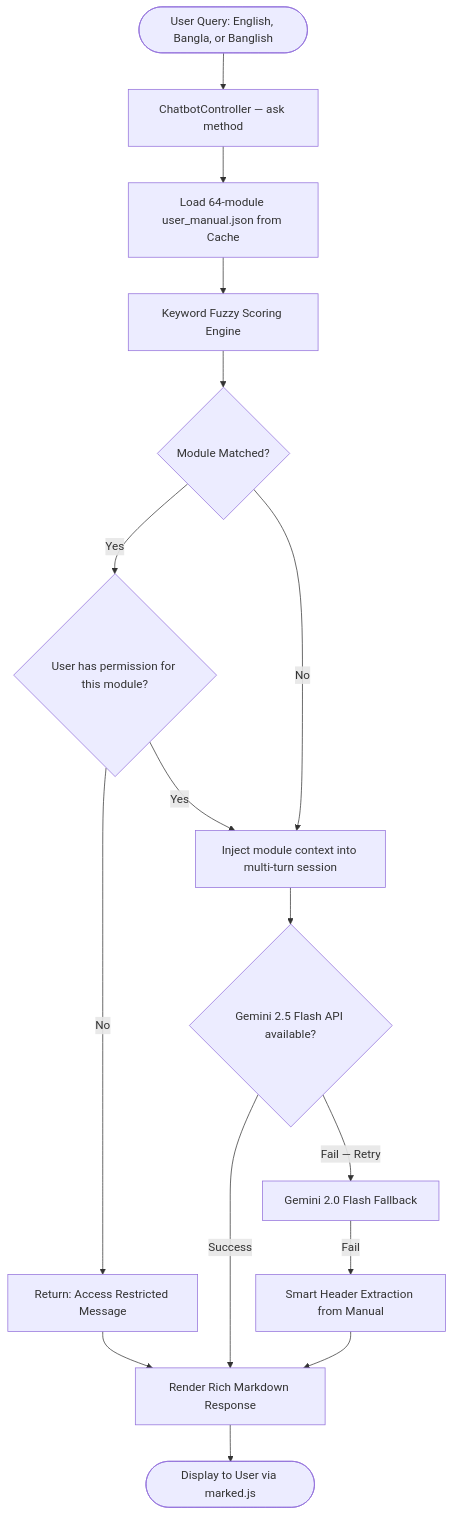
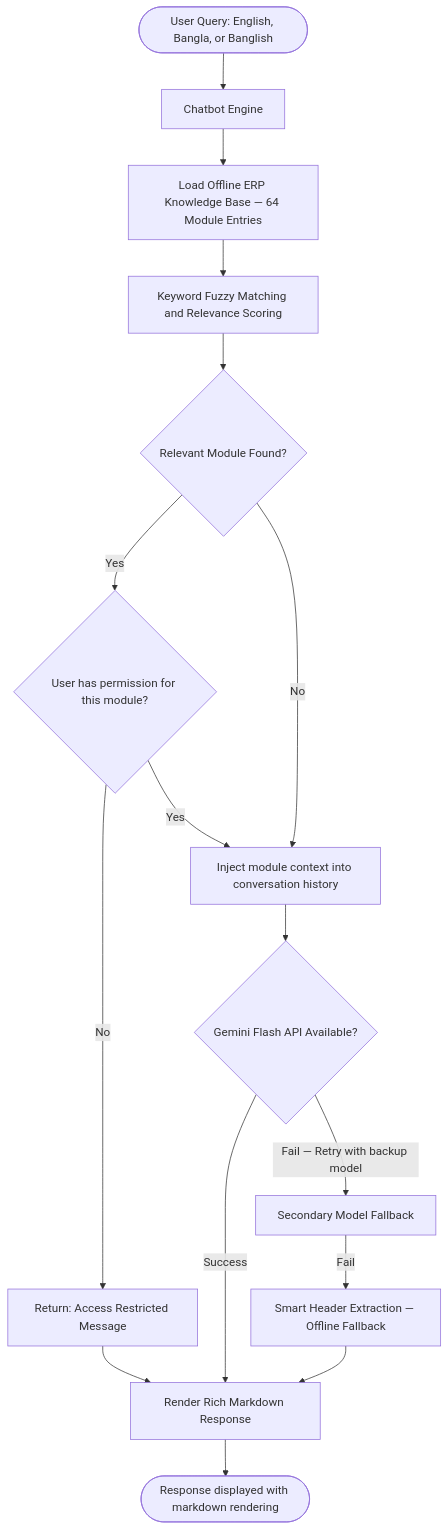
One commit to ShakhawatSakib9/Constrcution_MIS changed the fourth of 4 diagrams in README.md. Above: the diagram before and after it, drawn with Mermaid. The commit also changed other lines of this file, not shown here.

Commit message:
refactor(docs): remove controller/table names and internal code - anonymize to professional case study standard

````diff
--- a/README.md
+++ b/README.md
@@ -506,18 +388,18 @@
 ```mermaid
 flowchart TD
-    Q(["User Query: English, Bangla, or Banglish"]) --> C["ChatbotController — ask method"]
-    C --> KB["Load 64-module user_manual.json from Cache"]
-    KB --> Fuzzy["Keyword Fuzzy Scoring Engine"]
-    Fuzzy --> Match{"Module Matched?"}
+    Q(["User Query: English, Bangla, or Banglish"]) --> C["Chatbot Engine"]
+    C --> KB["Load Offline ERP Knowledge Base — 64 Module Entries"]
+    KB --> Fuzzy["Keyword Fuzzy Matching and Relevance Scoring"]
+    Fuzzy --> Match{"Relevant Module Found?"}
     Match -->|Yes| RBAC{"User has permission for this module?"}
     RBAC -->|No| Deny["Return: Access Restricted Message"]
-    RBAC -->|Yes| Inject["Inject module context into multi-turn session"]
+    RBAC -->|Yes| Inject["Inject module context into conversation history"]
     Match -->|No| Inject
-    Inject --> API{"Gemini 2.5 Flash API available?"}
+    Inject --> API{"Gemini Flash API Available?"}
     API -->|Success| MD["Render Rich Markdown Response"]
-    API -->|"Fail — Retry"| G2["Gemini 2.0 Flash Fallback"]
-    G2 -->|Fail| Offline["Smart Header Extraction from Manual"]
+    API -->|"Fail — Retry with backup model"| G2["Secondary Model Fallback"]
+    G2 -->|Fail| Offline["Smart Header Extraction — Offline Fallback"]
     Offline --> MD
     Deny --> MD
-    MD --> User(["Display to User via marked.js"])
+    MD --> User(["Response displayed with markdown rendering"])
 ```
````
